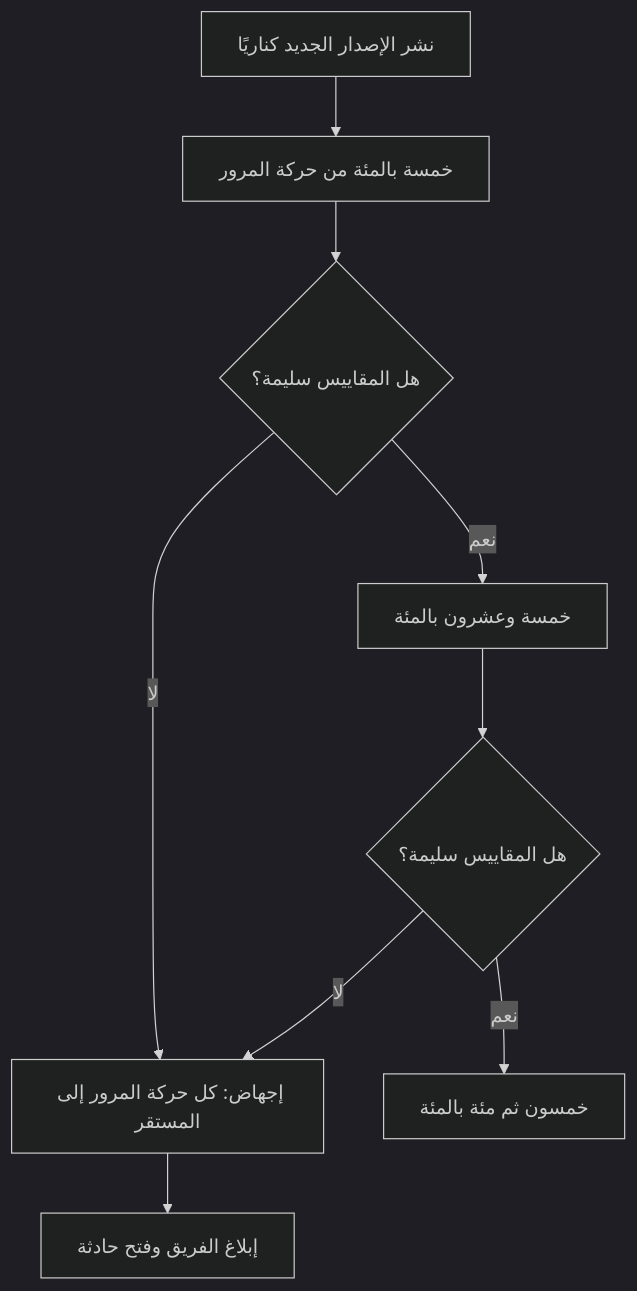
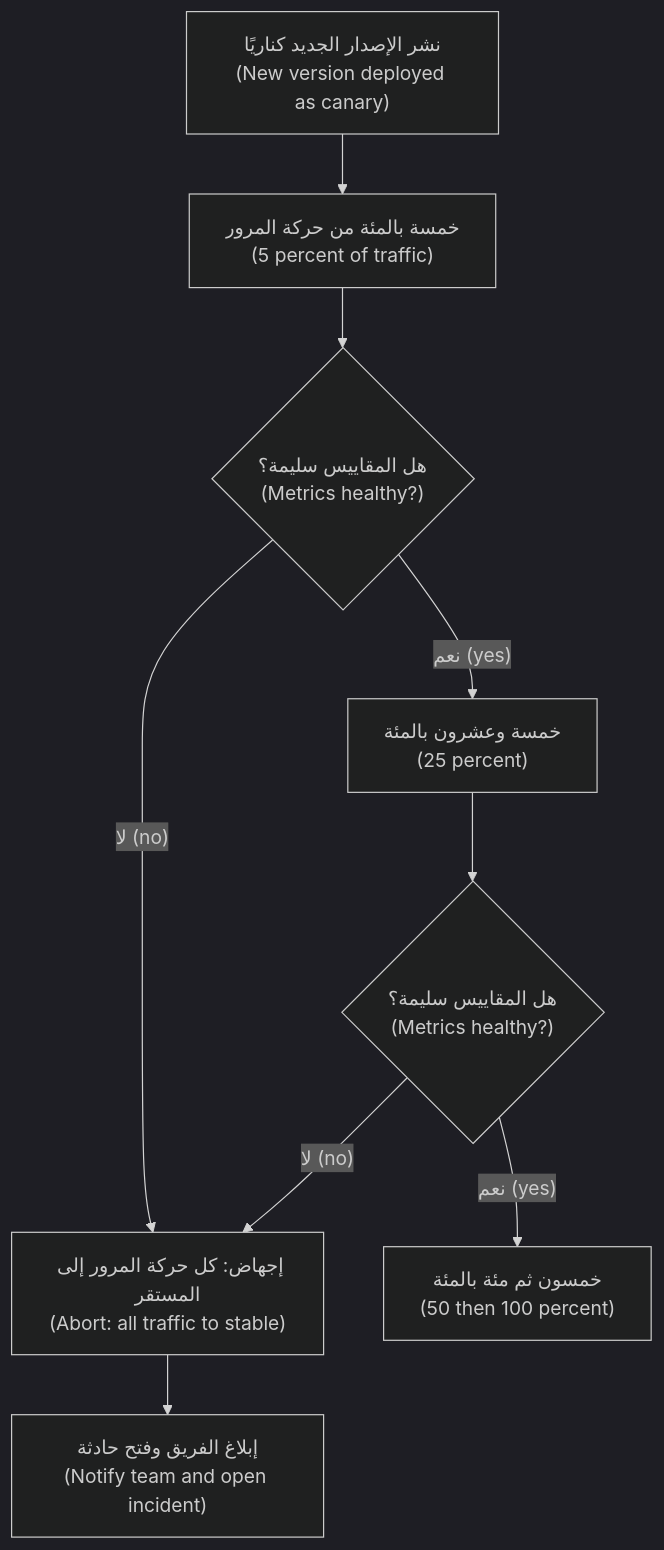
One commit to Tamoura/system-design-for-vibe-coders changed the second of 3 diagrams in cloud/modules/04-cicd.ar.md. Above: the diagram before and after it, drawn with Mermaid (dark theme). The commit also changed other lines of this file and 20 other files, not shown here.

First line of the commit message:
New courses: Arabic diagrams read right-to-left with English labels (modules 0–6)

````diff
--- a/cloud/modules/04-cicd.ar.md
+++ b/cloud/modules/04-cicd.ar.md
@@ -432,11 +432,11 @@
 ```mermaid
 flowchart TD
-    D["نشر الإصدار الجديد كناريًا"] --> W5["خمسة بالمئة من حركة المرور"]
-    W5 --> A1{"هل المقاييس سليمة؟"}
-    A1 -->|"نعم"| W25["خمسة وعشرون بالمئة"]
-    A1 -->|"لا"| RB["إجهاض: كل حركة المرور إلى المستقر"]
-    W25 --> A2{"هل المقاييس سليمة؟"}
-    A2 -->|"نعم"| W50["خمسون ثم مئة بالمئة"]
-    A2 -->|"لا"| RB
-    RB --> N["إبلاغ الفريق وفتح حادثة"]
+    D["نشر الإصدار الجديد كناريًا<br/>(New version deployed as canary)"] --> W5["خمسة بالمئة من حركة المرور<br/>(5 percent of traffic)"]
+    W5 --> A1{"هل المقاييس سليمة؟<br/>(Metrics healthy?)"}
+    A1 -->|"نعم (yes)"| W25["خمسة وعشرون بالمئة<br/>(25 percent)"]
+    A1 -->|"لا (no)"| RB["إجهاض: كل حركة المرور إلى المستقر<br/>(Abort: all traffic to stable)"]
+    W25 --> A2{"هل المقاييس سليمة؟<br/>(Metrics healthy?)"}
+    A2 -->|"نعم (yes)"| W50["خمسون ثم مئة بالمئة<br/>(50 then 100 percent)"]
+    A2 -->|"لا (no)"| RB
+    RB --> N["إبلاغ الفريق وفتح حادثة<br/>(Notify team and open incident)"]
 ```
````
